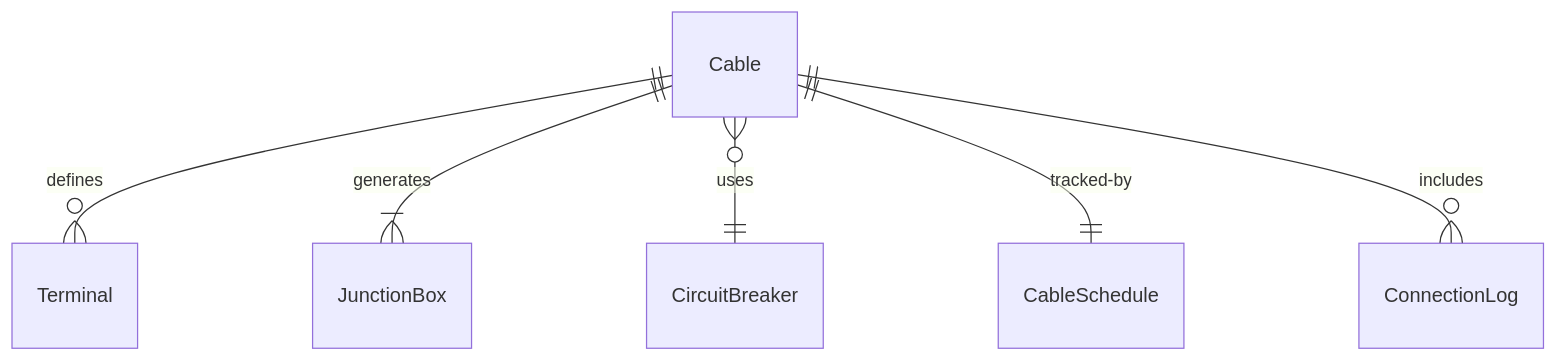
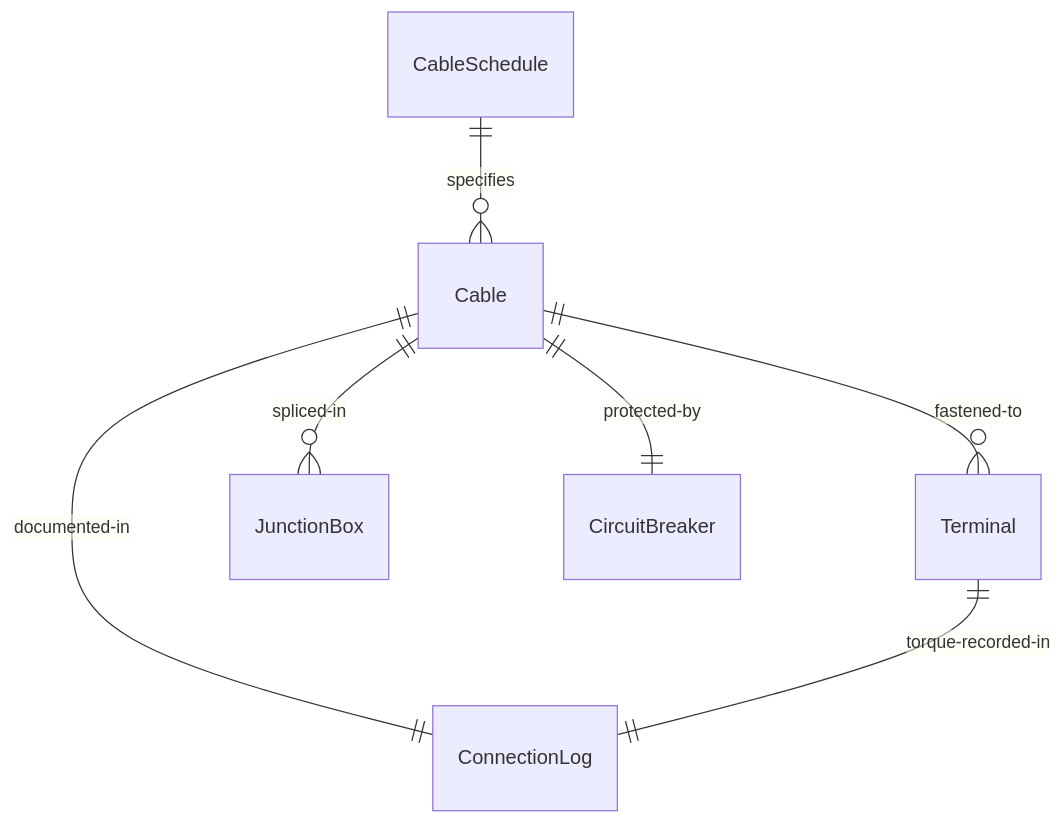
One commit to dot-org-ai/tasks.org.ai changed the first of 4 diagrams in HandlingAndMovingObjects/ConnectComponentsOrSupplyLinesToEquipmentOrTools/ConnectCablesElectricalLines.mdx. Above: the diagram before and after it, drawn with Mermaid. The commit also changed other lines of this file and 515 other files, not shown here.

````diff
--- a/HandlingAndMovingObjects/ConnectComponentsOrSupplyLinesToEquipmentOrTools/ConnectCablesElectricalLines.mdx
+++ b/HandlingAndMovingObjects/ConnectComponentsOrSupplyLinesToEquipmentOrTools/ConnectCablesElectricalLines.mdx
@@ -86,8 +86,9 @@
 ```mermaid
 erDiagram
-    Cable ||--o{ Terminal : "defines"
-    Cable ||--|{ JunctionBox : "generates"
-    Cable }o--|| CircuitBreaker : "uses"
-    Cable ||--|| CableSchedule : "tracked-by"
-    Cable ||--o{ ConnectionLog : "includes"
+    CableSchedule ||--o{ Cable : "specifies"
+    Cable ||--o{ Terminal : "fastened-to"
+    Cable ||--o{ JunctionBox : "spliced-in"
+    Cable ||--|| CircuitBreaker : "protected-by"
+    Cable ||--|| ConnectionLog : "documented-in"
+    Terminal ||--|| ConnectionLog : "torque-recorded-in"
 ```
````
